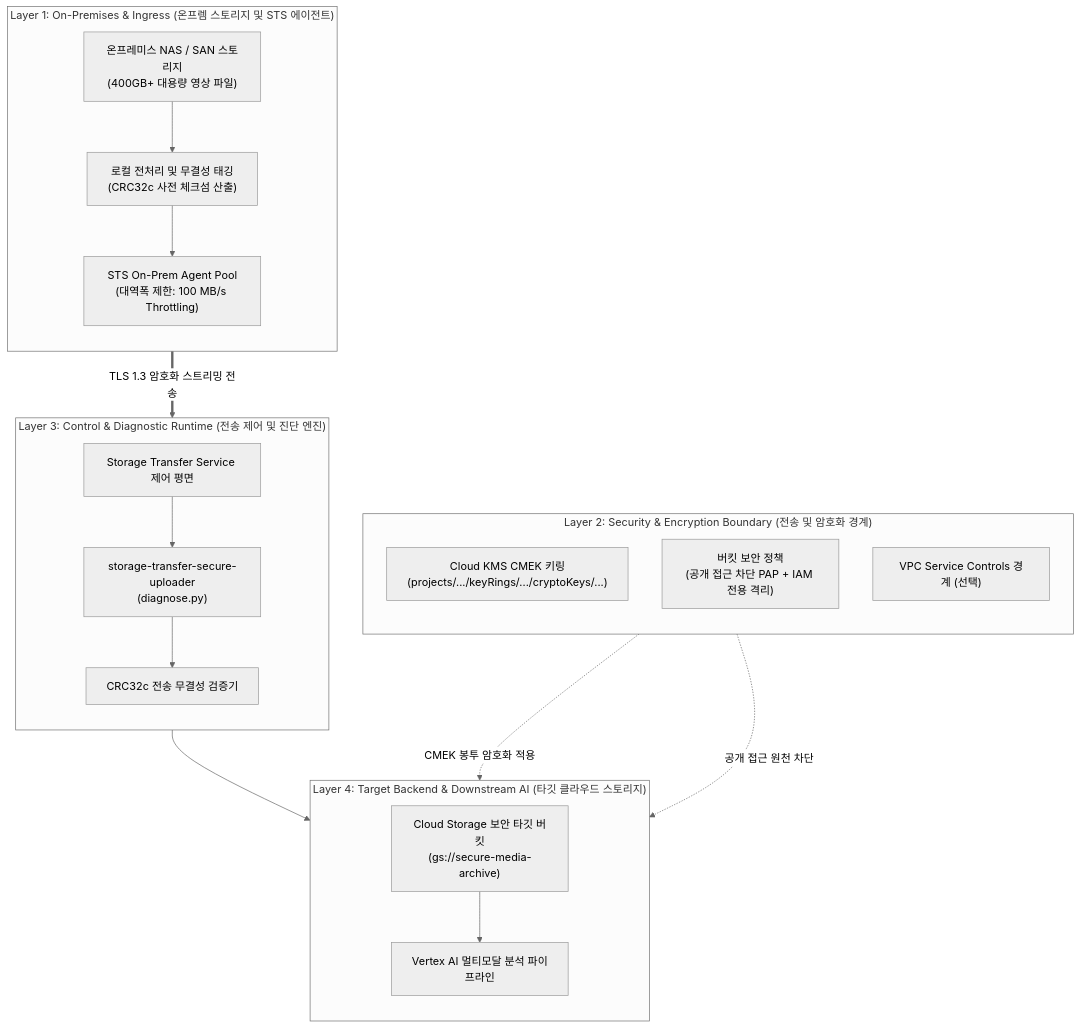
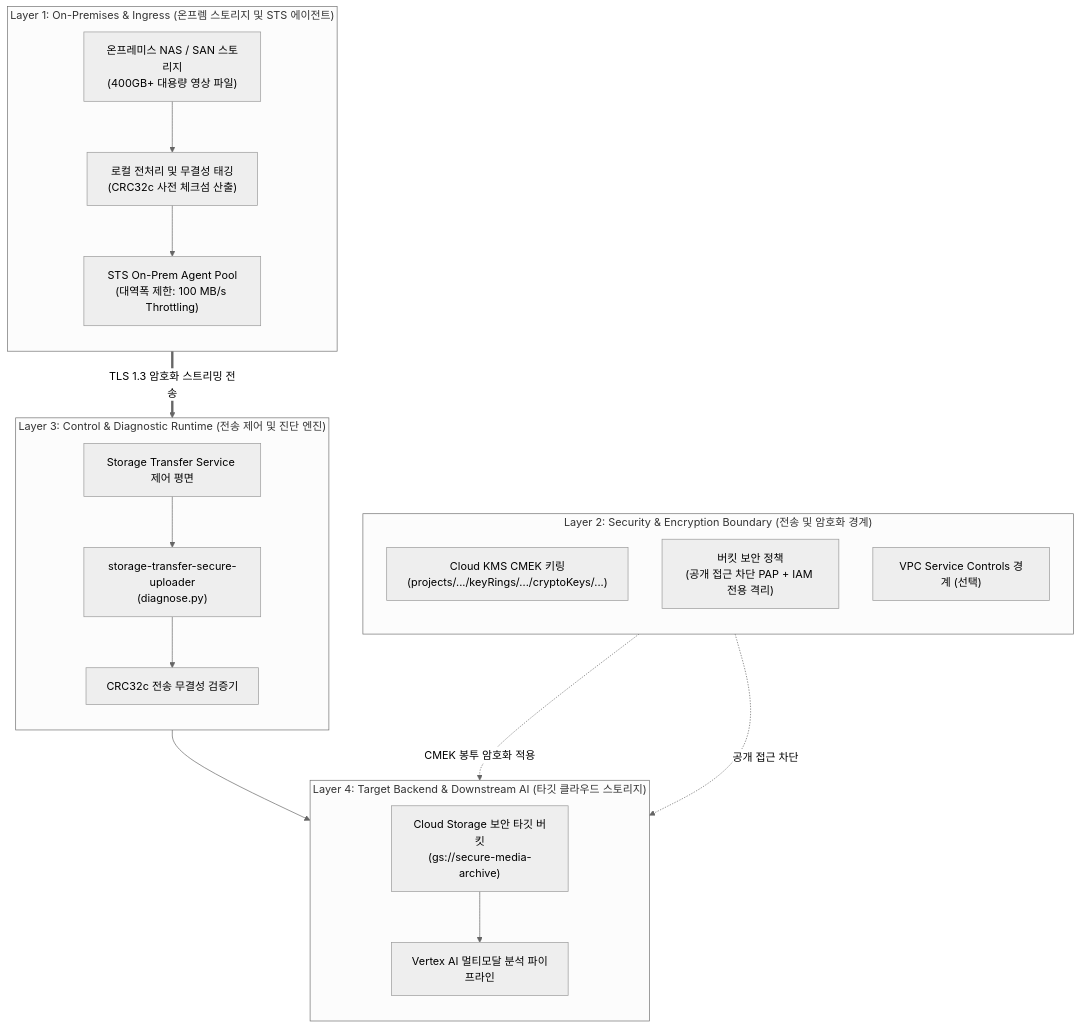
The diagram in samples/storage-transfer-secure-uploader/README.md (jiangjun-forge/google-cloud-0-to-1), drawn with Mermaid (neutral theme) before and after one commit. The commit also changed 55 other files, not shown here.

````diff
--- a/samples/storage-transfer-secure-uploader/README.md
+++ b/samples/storage-transfer-secure-uploader/README.md
@@ -74,39 +74,39 @@
 ```mermaid
 flowchart TD
     subgraph Layer1["Layer 1: On-Premises & Ingress (온프렘 스토리지 및 STS 에이전트)"]
         direction TB
         OnPremMedia["온프레미스 NAS / SAN 스토리지<br/>(400GB+ 대용량 영상 파일)"]
         LocalDedupe["로컬 전처리 및 무결성 태깅<br/>(CRC32c 사전 체크섬 산출)"]
         STSAgentPool["STS On-Prem Agent Pool<br/>(대역폭 제한: 100 MB/s Throttling)"]
         OnPremMedia --> LocalDedupe
         LocalDedupe --> STSAgentPool
     end
 
     subgraph Layer2["Layer 2: Security & Encryption Boundary (전송 및 암호화 경계)"]
         direction TB
         CloudKMS["Cloud KMS CMEK 키링<br/>(projects/.../keyRings/.../cryptoKeys/...)"]
         BucketPolicy["버킷 보안 정책<br/>(공개 접근 차단 PAP + IAM 전용 격리)"]
         VPCSCPerimeter["VPC Service Controls 경계 (선택)"]
     end
 
     subgraph Layer3["Layer 3: Control & Diagnostic Runtime (전송 제어 및 진단 엔진)"]
         direction TB
         STSControlPlane["Storage Transfer Service 제어 평면"]
         TransferGuard["storage-transfer-secure-uploader<br/>(diagnose.py)"]
         ChecksumValidator["CRC32c 전송 무결성 검증기"]
         STSControlPlane --> TransferGuard
         TransferGuard --> ChecksumValidator
     end
 
     subgraph Layer4["Layer 4: Target Backend & Downstream AI (타깃 클라우드 스토리지)"]
         direction TB
         SecureBucket["Cloud Storage 보안 타깃 버킷<br/>(gs://secure-media-archive)"]
         VertexAIMultimodal["Vertex AI 멀티모달 분석 파이프라인"]
     end
 
     STSAgentPool ==>|"TLS 1.3 암호화 스트리밍 전송"| STSControlPlane
     STSControlPlane --> SecureBucket
     CloudKMS -.->|"CMEK 봉투 암호화 적용"| SecureBucket
-    BucketPolicy -.->|"공개 접근 원천 차단"| SecureBucket
+    BucketPolicy -.->|"공개 접근 차단"| SecureBucket
     SecureBucket --> VertexAIMultimodal
 ```
````
